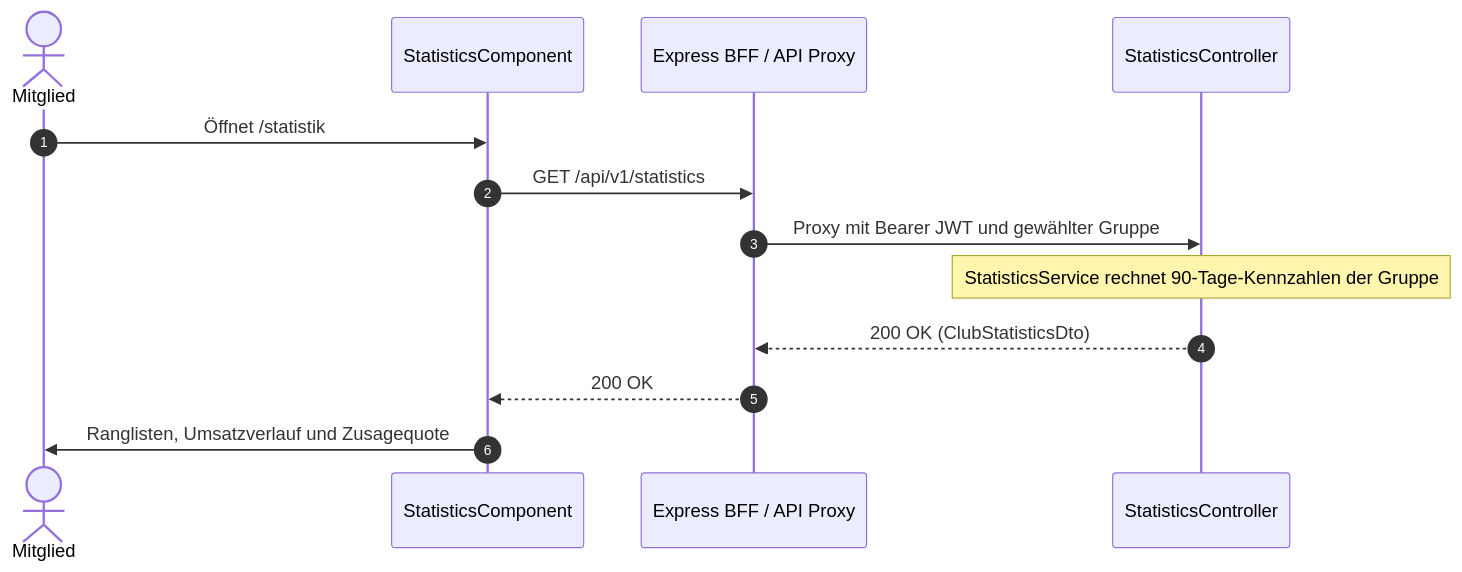
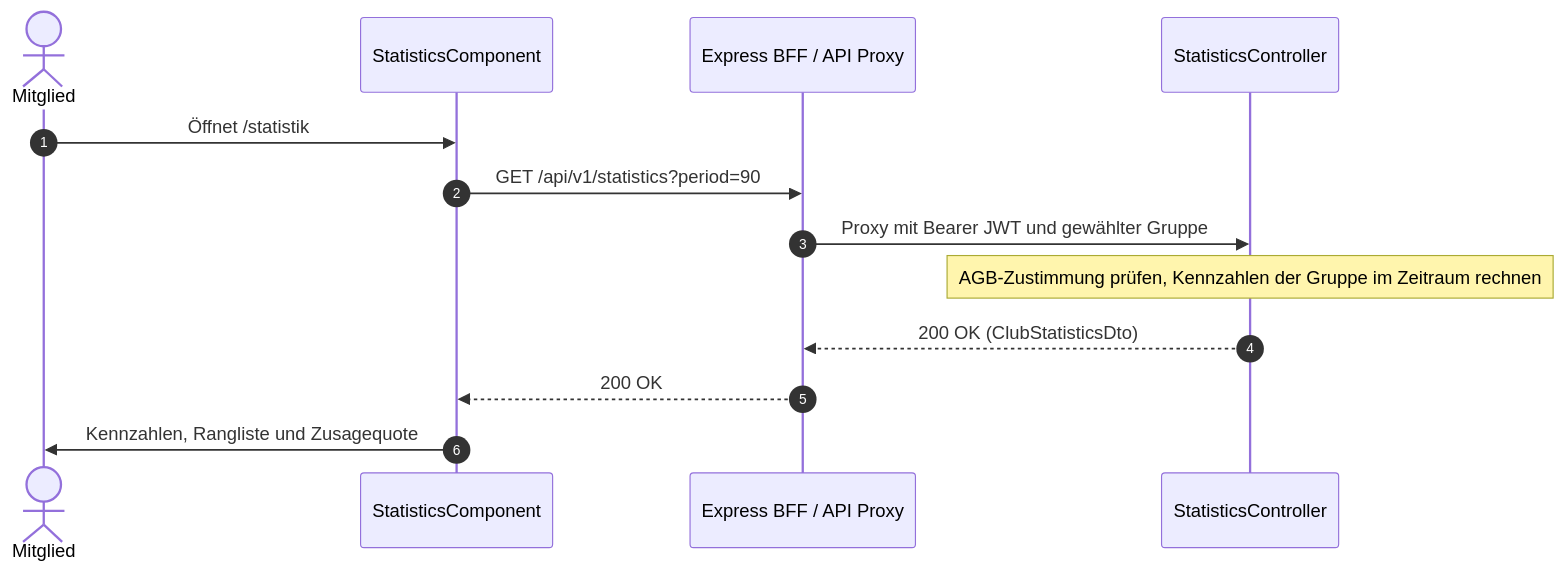
One commit to damaurer/vereint changed the diagram in docs/domains/statistics-and-analytics.md. Above: the diagram before and after it, drawn with Mermaid. The commit also changed other lines of this file and 9 other files, not shown here.

First line of the commit message:
Doku: Statistiken, Füllmenge/Kalorien und AGB-Zustimmung nach dem Login

````diff
--- a/docs/domains/statistics-and-analytics.md
+++ b/docs/domains/statistics-and-analytics.md
@@ -61,16 +63,16 @@
 ```mermaid
 sequenceDiagram
     autonumber
     actor User as Mitglied
     participant UI as StatisticsComponent
     participant BFF as Express BFF / API Proxy
     participant Spring as StatisticsController
 
     User->>UI: Öffnet /statistik
-    UI->>BFF: GET /api/v1/statistics
+    UI->>BFF: GET /api/v1/statistics?period=90
     BFF->>Spring: Proxy mit Bearer JWT und gewählter Gruppe
-    Note over Spring: StatisticsService rechnet 90-Tage-Kennzahlen der Gruppe
+    Note over Spring: AGB-Zustimmung prüfen, Kennzahlen der Gruppe im Zeitraum rechnen
     Spring-->>BFF: 200 OK (ClubStatisticsDto)
     BFF-->>UI: 200 OK
-    UI->>User: Ranglisten, Umsatzverlauf und Zusagequote
+    UI->>User: Kennzahlen, Rangliste und Zusagequote
 ```
````
